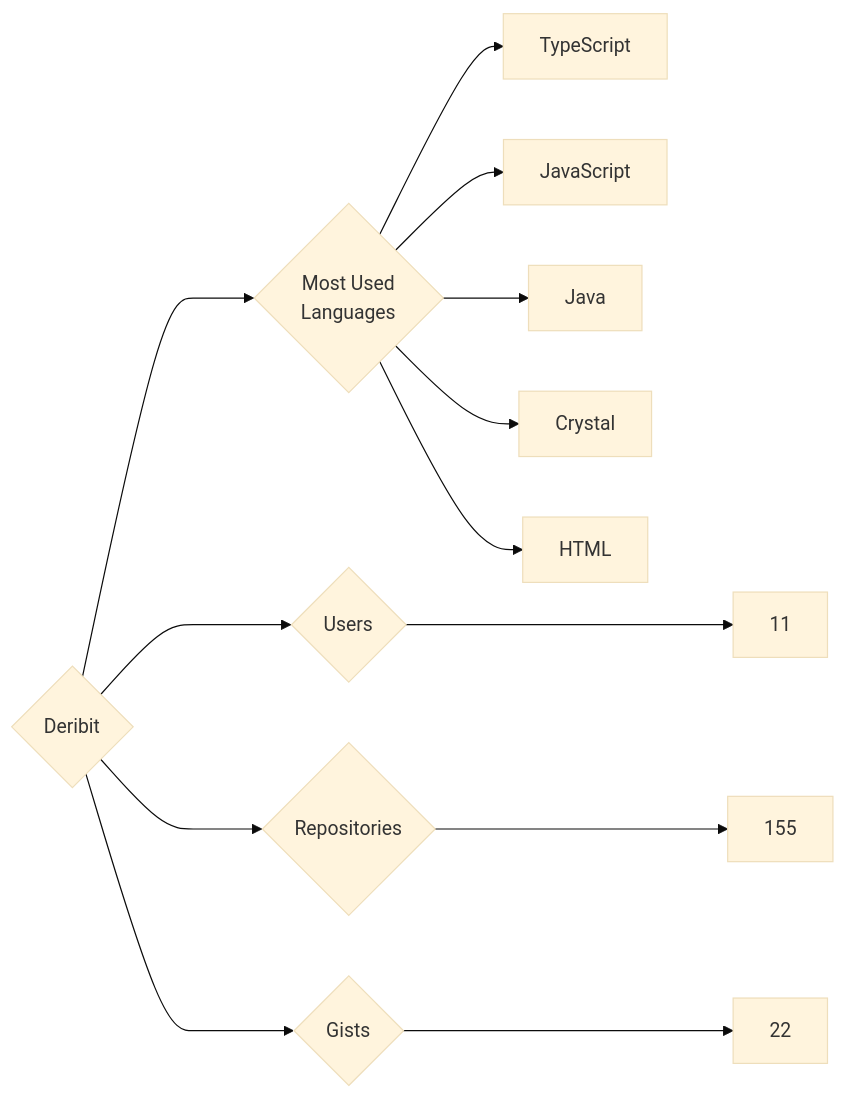
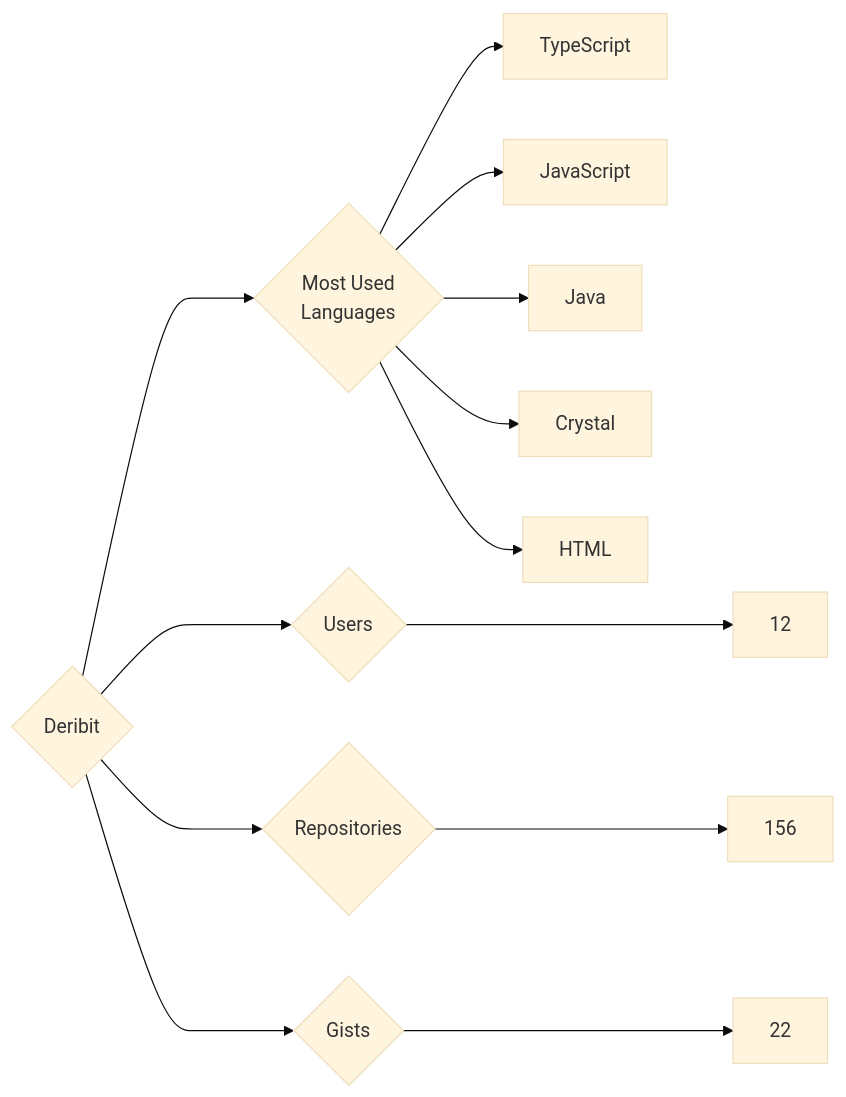
The diagram in targets/Deribit/README.md (trickest/insiders), drawn with Mermaid (base theme) before and after one commit. The commit also changed 934 other files, not shown here.

````diff
--- a/targets/Deribit/README.md
+++ b/targets/Deribit/README.md
@@ -3,13 +3,13 @@
 ```mermaid
 graph LR
 COMPANY_NAME{Deribit}
-COMPANY_NAME ---> U{Users} ---> UN[11]
-COMPANY_NAME ---> R{Repositories} ---> RN[155]
+COMPANY_NAME ---> U{Users} ---> UN[12]
+COMPANY_NAME ---> R{Repositories} ---> RN[156]
 COMPANY_NAME ---> G{Gists} ---> GN[22]
 COMPANY_NAME ---> ML{Most Used<br>Languages}
 ML --> TypeScript[TypeScript]
 ML --> JavaScript[JavaScript]
 ML --> Java[Java]
 ML --> Crystal[Crystal]
 ML --> HTML[HTML]
 ```
````
